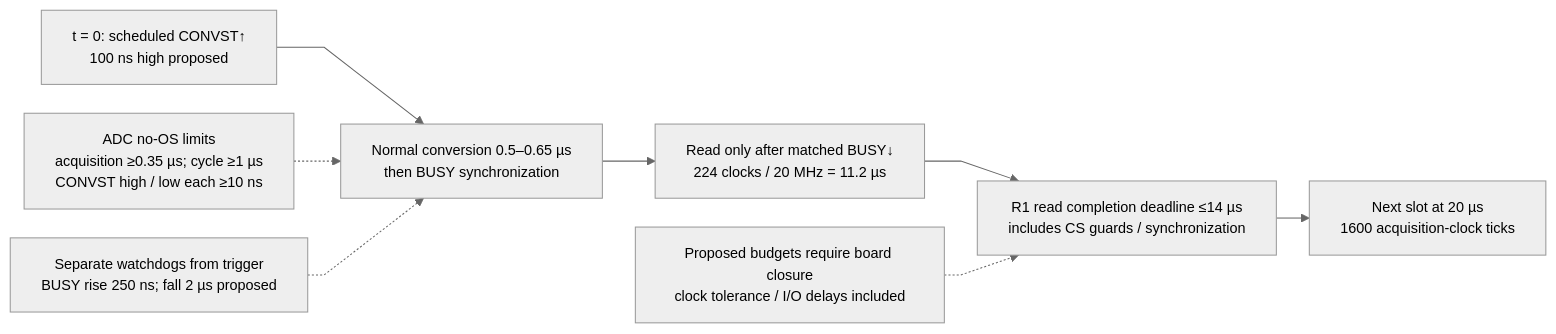
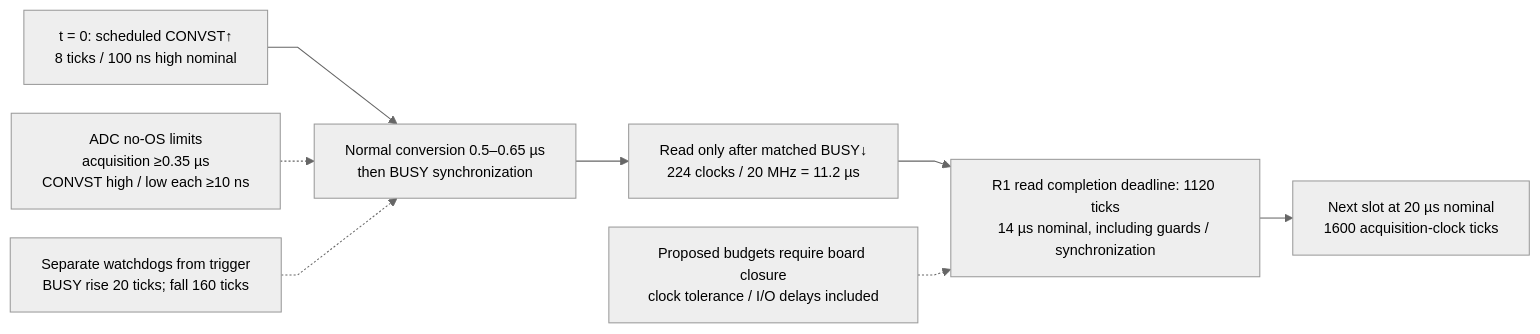
Before and after one commit to baolgn/DRG-pain-project: the ninth of 27 diagrams in microcontroller/acquisition/README.md, drawn with Mermaid. The commit also changed other lines of this file and 23 other files, not shown here.

````diff
--- a/microcontroller/acquisition/README.md
+++ b/microcontroller/acquisition/README.md
@@ -225,11 +228,11 @@
 ```mermaid
 %%{init: {"theme":"neutral","themeVariables":{"fontFamily":"Arial,sans-serif","fontSize":"14px"},"flowchart":{"htmlLabels":true,"minNodeWidth":0,"wrappingWidth":240,"nodeSpacing":28,"rankSpacing":32,"curve":"linear"}}}%%
 flowchart LR
-    T0["t = 0: scheduled CONVST↑<br/>100 ns high proposed"] --> BUSY["Normal conversion 0.5–0.65 µs<br/>then BUSY synchronization"]
+    T0["t = 0: scheduled CONVST↑<br/>8 ticks / 100 ns high nominal"] --> BUSY["Normal conversion 0.5–0.65 µs<br/>then BUSY synchronization"]
     BUSY --> READ["Read only after matched BUSY↓<br/>224 clocks / 20 MHz = 11.2 µs"]
-    READ --> DONE["R1 read completion deadline ≤14 µs<br/>includes CS guards / synchronization"]
-    DONE --> NEXT["Next slot at 20 µs<br/>1600 acquisition-clock ticks"]
-    LIMIT["ADC no-OS limits<br/>acquisition ≥0.35 µs; cycle ≥1 µs<br/>CONVST high / low each ≥10 ns"] -.-> BUSY
-    WATCH["Separate watchdogs from trigger<br/>BUSY rise 250 ns; fall 2 µs proposed"] -.-> BUSY
+    READ --> DONE["R1 read completion deadline: 1120 ticks<br/>14 µs nominal, including guards / synchronization"]
+    DONE --> NEXT["Next slot at 20 µs nominal<br/>1600 acquisition-clock ticks"]
+    LIMIT["ADC no-OS limits<br/>acquisition ≥0.35 µs<br/>CONVST high / low each ≥10 ns"] -.-> BUSY
+    WATCH["Separate watchdogs from trigger<br/>BUSY rise 20 ticks; fall 160 ticks"] -.-> BUSY
     GATE["Proposed budgets require board closure<br/>clock tolerance / I/O delays included"] -.-> DONE
 ```
````
